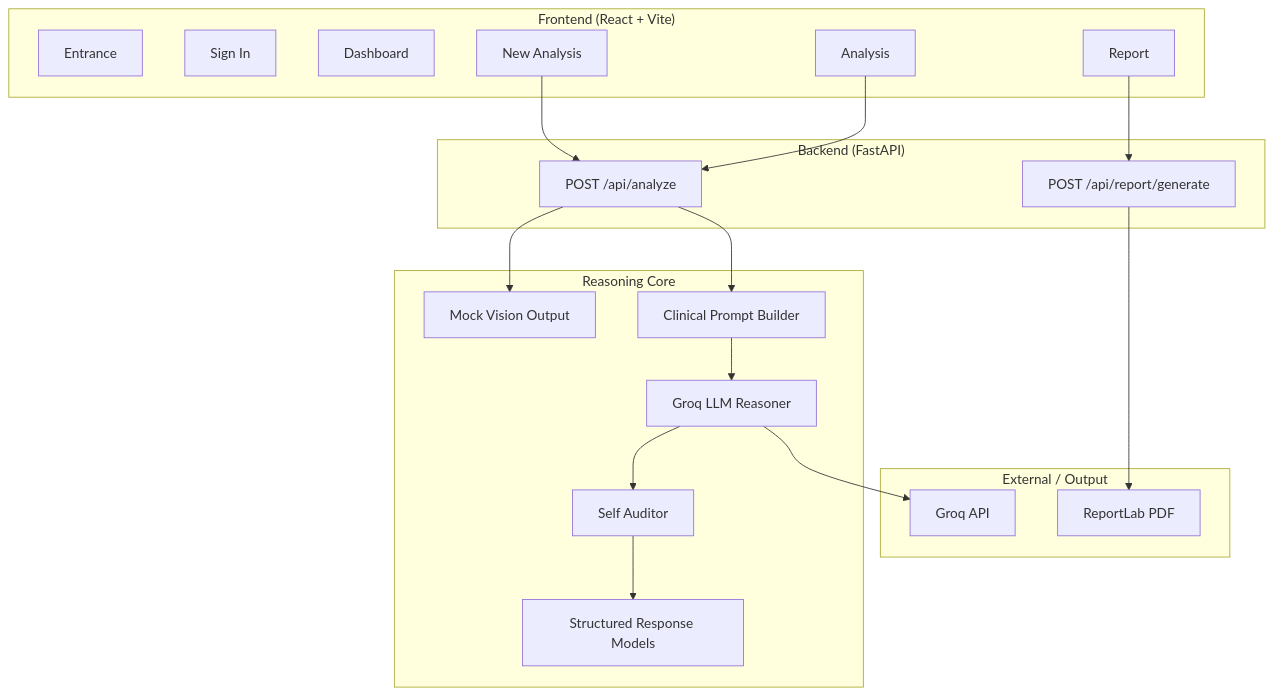
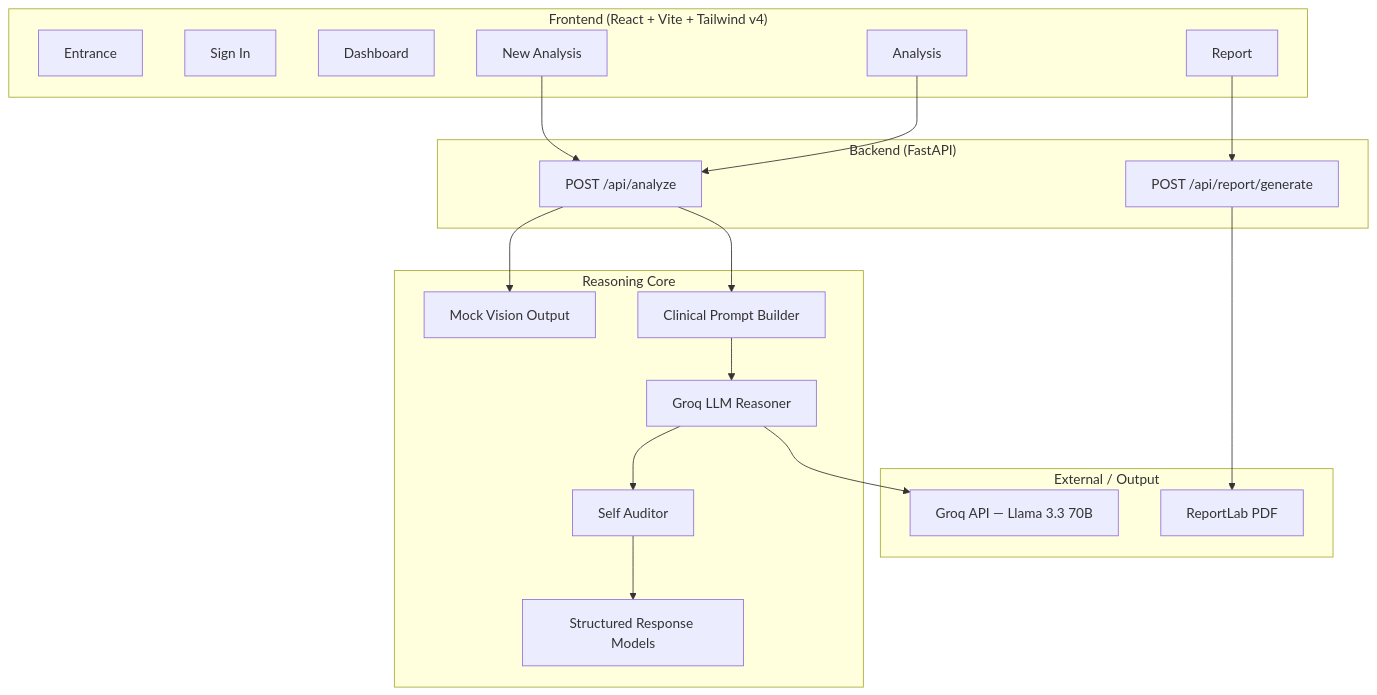
The second of 5 diagrams in oncodetect/README.md (vishva2410/ONCO-DETECT-), drawn with Mermaid before and after one commit. The commit also changed other lines of this file, not shown here.

````diff
--- a/oncodetect/README.md
+++ b/oncodetect/README.md
@@ -92,41 +107,41 @@
 ```mermaid
 flowchart TB
-    subgraph FE["Frontend (React + Vite)"]
+    subgraph FE["Frontend (React + Vite + Tailwind v4)"]
         FE1["Entrance"]
         FE2["Sign In"]
         FE3["Dashboard"]
         FE4["New Analysis"]
         FE5["Analysis"]
         FE6["Report"]
     end
 
     subgraph API["Backend (FastAPI)"]
         API1["POST /api/analyze"]
         API2["POST /api/report/generate"]
     end
 
     subgraph CORE["Reasoning Core"]
         C1["Mock Vision Output"]
         C2["Clinical Prompt Builder"]
         C3["Groq LLM Reasoner"]
         C4["Self Auditor"]
         C5["Structured Response Models"]
     end
 
     subgraph EXT["External / Output"]
-        E1["Groq API"]
+        E1["Groq API — Llama 3.3 70B"]
         E2["ReportLab PDF"]
     end
 
     FE4 --> API1
     FE5 --> API1
     FE6 --> API2
 
     API1 --> C1
     API1 --> C2
     C2 --> C3
     C3 --> C4
     C4 --> C5
     C3 --> E1
     API2 --> E2
 ```
````
